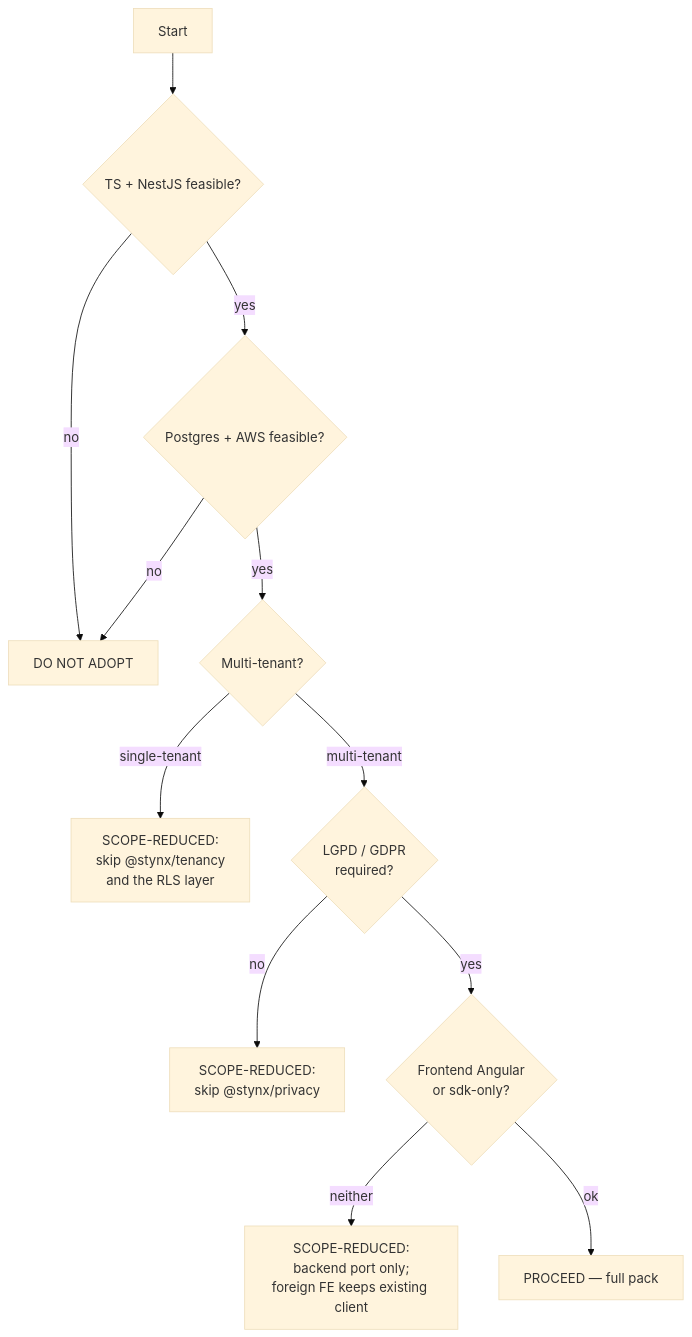
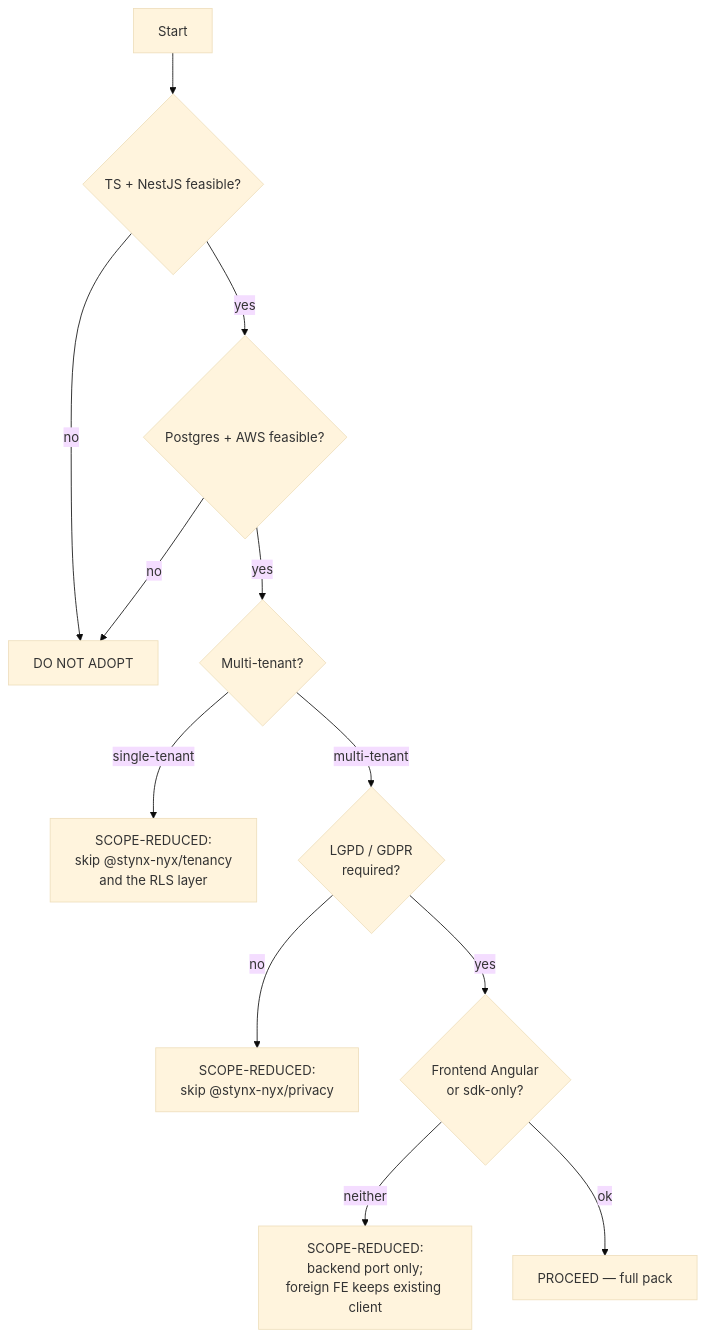
Before and after one commit to stynx-nyx/stynx: the diagram in docs/adopters/stynx/porting-pack/02-IS-STYNX-RIGHT-FOR-YOU.md, drawn with Mermaid (base theme). The commit also changed other lines of this file and 1945 other files, not shown here.

First line of the commit message:
chore(scope): rename @stynx/* → @stynx-nyx/* for GitHub Packages org publish (#128)

````diff
--- a/docs/adopters/stynx/porting-pack/02-IS-STYNX-RIGHT-FOR-YOU.md
+++ b/docs/adopters/stynx/porting-pack/02-IS-STYNX-RIGHT-FOR-YOU.md
@@ -81,14 +81,14 @@
 ```mermaid
 flowchart TD
   A[Start] --> B{TS + NestJS feasible?}
   B -- no --> Z[DO NOT ADOPT]
   B -- yes --> C{Postgres + AWS feasible?}
   C -- no --> Z
   C -- yes --> D{Multi-tenant?}
-  D -- single-tenant --> Y1[SCOPE-REDUCED:<br/>skip @stynx/tenancy<br/>and the RLS layer]
+  D -- single-tenant --> Y1[SCOPE-REDUCED:<br/>skip @stynx-nyx/tenancy<br/>and the RLS layer]
   D -- multi-tenant --> E{LGPD / GDPR<br/>required?}
-  E -- no --> Y2[SCOPE-REDUCED:<br/>skip @stynx/privacy]
+  E -- no --> Y2[SCOPE-REDUCED:<br/>skip @stynx-nyx/privacy]
   E -- yes --> F{Frontend Angular<br/>or sdk-only?}
   F -- neither --> Y3[SCOPE-REDUCED:<br/>backend port only;<br/>foreign FE keeps existing client]
   F -- ok --> P[PROCEED — full pack]
 ```
````
